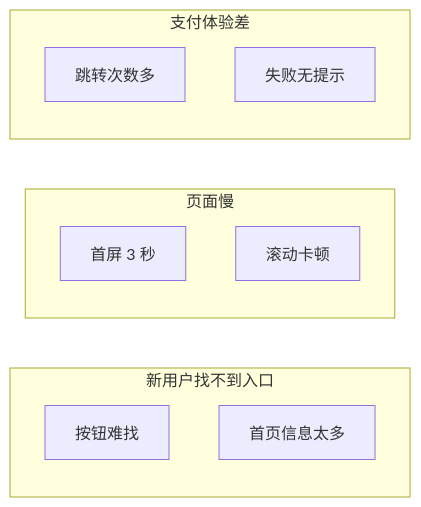
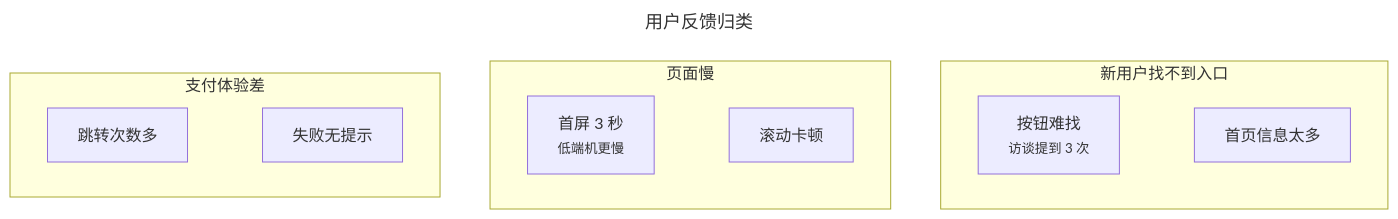
Before and after one commit to huang-hee/diagram-kit: the fifth of 5 diagrams in references/types-thinking.md, drawn with Mermaid. The commit also changed other lines of this file and 248 other files, not shown here.

First line of the commit message:
feat: 示例按统一风格重做，补齐 42 张 drawio 整图示例，默认工具改为 drawio

````diff
--- a/references/types-thinking.md
+++ b/references/types-thinking.md
@@ -180,15 +187,15 @@
 ```mermaid
-flowchart LR
+---
+title: 用户反馈归类
+---
+flowchart TB
   subgraph G1[新用户找不到入口]
-    a1[按钮难找]:::g1
-    a2[首页信息太多]:::g1
+    a1["按钮难找<br><small>访谈提到 3 次</small>"]:::g1 ~~~ a2[首页信息太多]:::g1
   end
   subgraph G2[页面慢]
-    b1[首屏 3 秒]:::g2
-    b2[滚动卡顿]:::g2
+    b1["首屏 3 秒<br><small>低端机更慢</small>"]:::g2 ~~~ b2[滚动卡顿]:::g2
   end
   subgraph G3[支付体验差]
-    c1[跳转次数多]:::g3
-    c2[失败无提示]:::g3
+    c1[跳转次数多]:::g3 ~~~ c2[失败无提示]:::g3
   end
 ```
````
